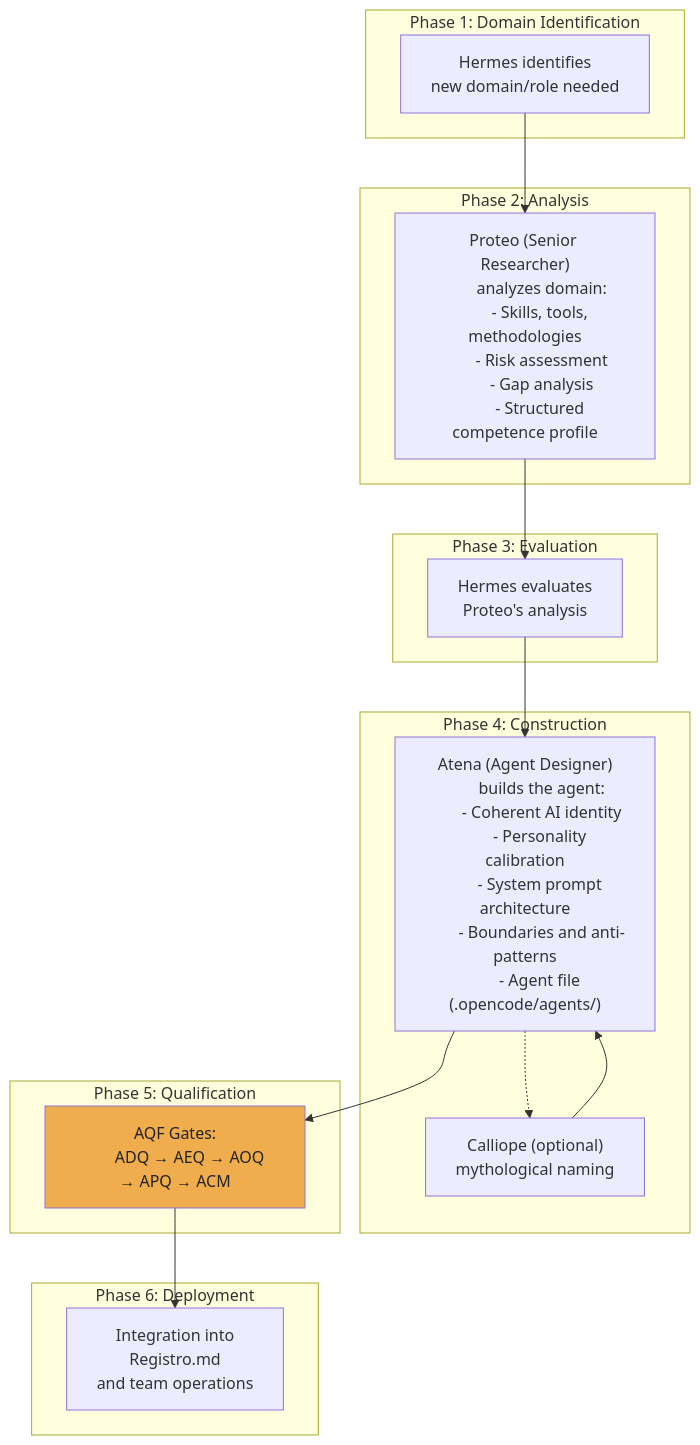
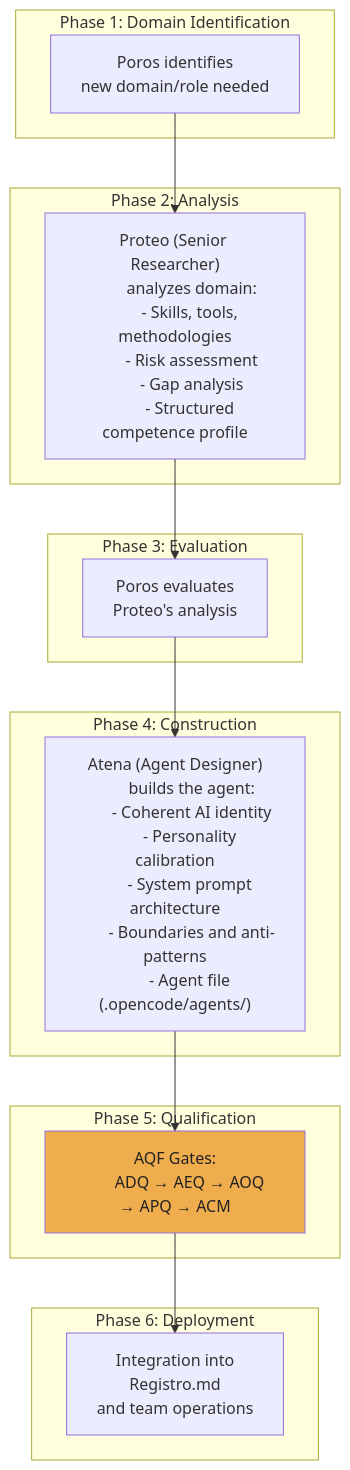
The fifth of 5 diagrams in paper/whitepaper.md (teamolimpo/TeamOlimpo), drawn with Mermaid before and after one commit. The commit also changed other lines of this file and 2 other files, not shown here.

Commit message:
Update whitepaper: Poros rename, GitHub org, synapsis consolidation, deliverable hash system

````diff
--- a/paper/whitepaper.md
+++ b/paper/whitepaper.md
@@ -430,55 +512,50 @@
 ```mermaid
 flowchart TB
     subgraph "Phase 1: Domain Identification"
-        H1["Hermes identifies
+        H1["Poros identifies
         new domain/role needed"]
     end
     
     subgraph "Phase 2: Analysis"
         P1["Proteo (Senior Researcher)
         analyzes domain:
         - Skills, tools, methodologies
         - Risk assessment
         - Gap analysis
         - Structured competence profile"]
     end
     
     subgraph "Phase 3: Evaluation"
-        H2["Hermes evaluates
+        H2["Poros evaluates
         Proteo's analysis"]
     end
     
     subgraph "Phase 4: Construction"
         A1["Atena (Agent Designer)
         builds the agent:
         - Coherent AI identity
         - Personality calibration
         - System prompt architecture
         - Boundaries and anti-patterns
         - Agent file (.opencode/agents/)"]
-        
-        C1["Calliope (optional)
-        mythological naming"]
     end
     
     subgraph "Phase 5: Qualification"
         AQF["AQF Gates:
         ADQ → AEQ → AOQ → APQ → ACM"]
     end
     
     subgraph "Phase 6: Deployment"
         D1["Integration into
         Registro.md
         and team operations"]
     end
     
     H1 --> P1
     P1 --> H2
     H2 --> A1
-    A1 -.-> C1
-    C1 --> A1
     A1 --> AQF
     AQF --> D1
     
     style AQF fill:#f0ad4e,color:#222
 ```
````
